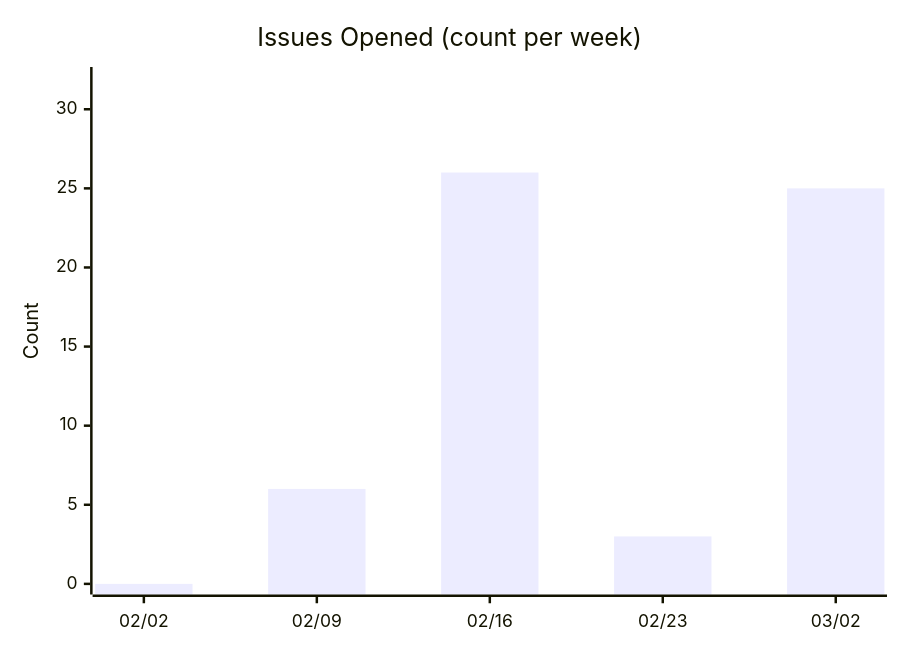
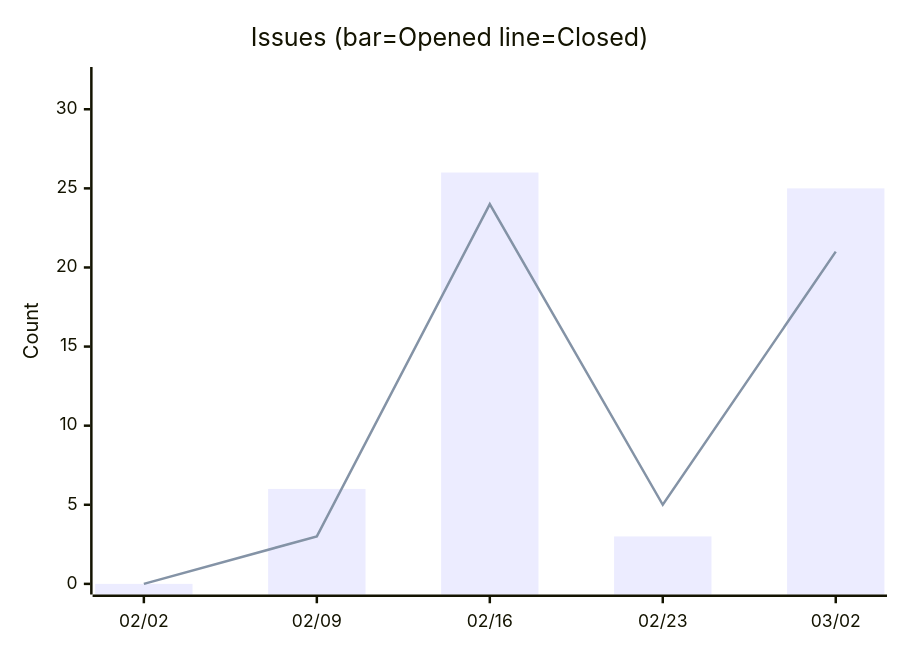
One commit to nablarch/nabledge-dev changed the fifth of 11 diagrams in docs/metrics.md. Above: the diagram before and after it, drawn with Mermaid. The commit also changed other lines of this file and 2 other files, not shown here.

First line of the commit message:
fix: merge Issues and PRs charts, fix SLOC history deduplication

````diff
--- a/docs/metrics.md
+++ b/docs/metrics.md
@@ -66,7 +66,8 @@
 ```mermaid
 xychart-beta
-  title "Issues Opened (count per week)"
+  title "Issues (bar=Opened  line=Closed)"
   x-axis ["02/02", "02/09", "02/16", "02/23", "03/02"]
   y-axis "Count" 0 --> 32
   bar [0, 6, 26, 3, 25]
+  line [0, 3, 24, 5, 21]
 ```
````
